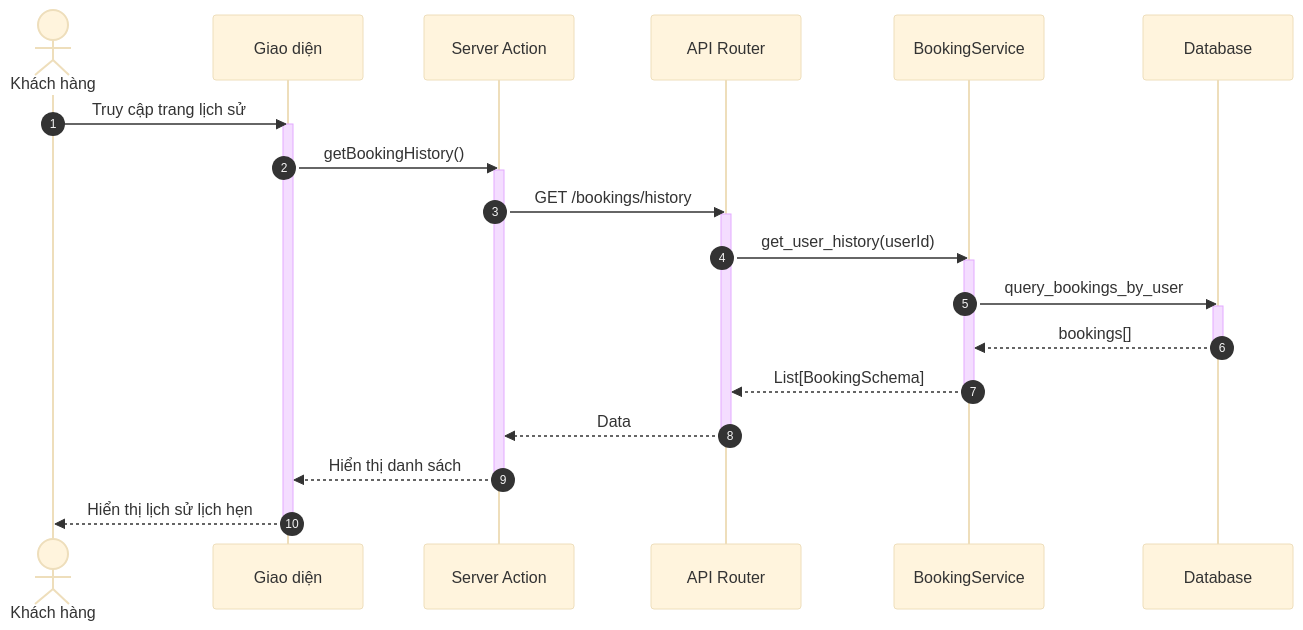
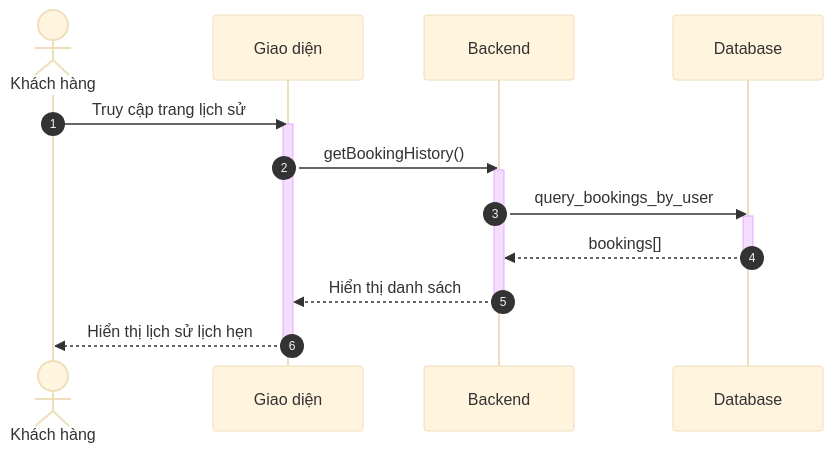
One commit to ngoctinn/Synapse changed the seventh of 10 diagrams in docs/design/sequences/customer_flows.md. Above: the diagram before and after it, drawn with Mermaid (base theme). The commit also changed other lines of this file and 7 other files, not shown here.

Commit message:
docs: Add initial design documentation for authentication, user flows, and algorithm specification.

````diff
--- a/docs/design/sequences/customer_flows.md
+++ b/docs/design/sequences/customer_flows.md
@@ -310,38 +224,24 @@
 ```mermaid
 sequenceDiagram
     autonumber
     actor KH as Khách hàng
     participant UI as Giao diện
-    participant BFF as Server Action
-    participant API as API Router
-    participant S as BookingService
+    participant BE as Backend
     participant DB as Database
 
     KH->>UI: Truy cập trang lịch sử
     activate UI
-    UI->>BFF: getBookingHistory()
-    activate BFF
+    UI->>BE: getBookingHistory()
+    activate BE
 
-    BFF->>API: GET /bookings/history
-    activate API
-
-    API->>S: get_user_history(userId)
-    activate S
-
-    S->>DB: query_bookings_by_user
+    BE->>DB: query_bookings_by_user
     activate DB
-    DB-->>S: bookings[]
+    DB-->>BE: bookings[]
     deactivate DB
 
-    S-->>API: List[BookingSchema]
-    deactivate S
-
-    API-->>BFF: Data
-    deactivate API
-
-    BFF-->>UI: Hiển thị danh sách
-    deactivate BFF
+    BE-->>UI: Hiển thị danh sách
+    deactivate BE
 
     UI-->>KH: Hiển thị lịch sử lịch hẹn
     deactivate UI
 ```
````
